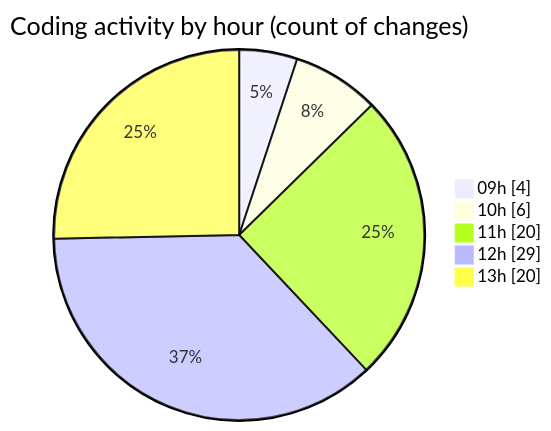
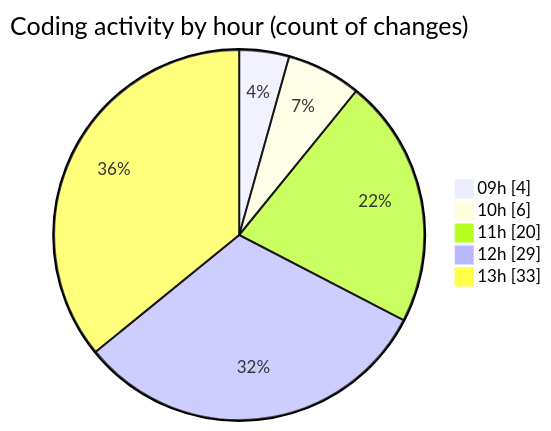
Before and after one commit to momahboobian/code-tracking: the second of 2 diagrams in 2025-05-29/cda/README.md, drawn with Mermaid. The commit also changed other lines of this file and 1 other file, not shown here.

````diff
--- a/2025-05-29/cda/README.md
+++ b/2025-05-29/cda/README.md
@@ -34,9 +39,9 @@
 ```mermaid
 pie showData
 title Coding activity by hour (count of changes)
 "09h" : 4
 "10h" : 6
 "11h" : 20
 "12h" : 29
-"13h" : 20
+"13h" : 33
 ```
````
